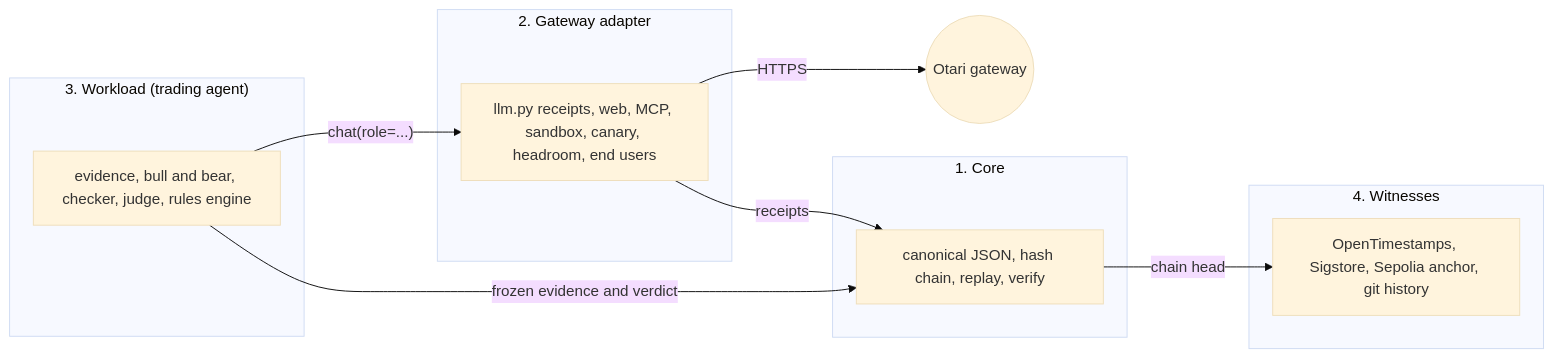
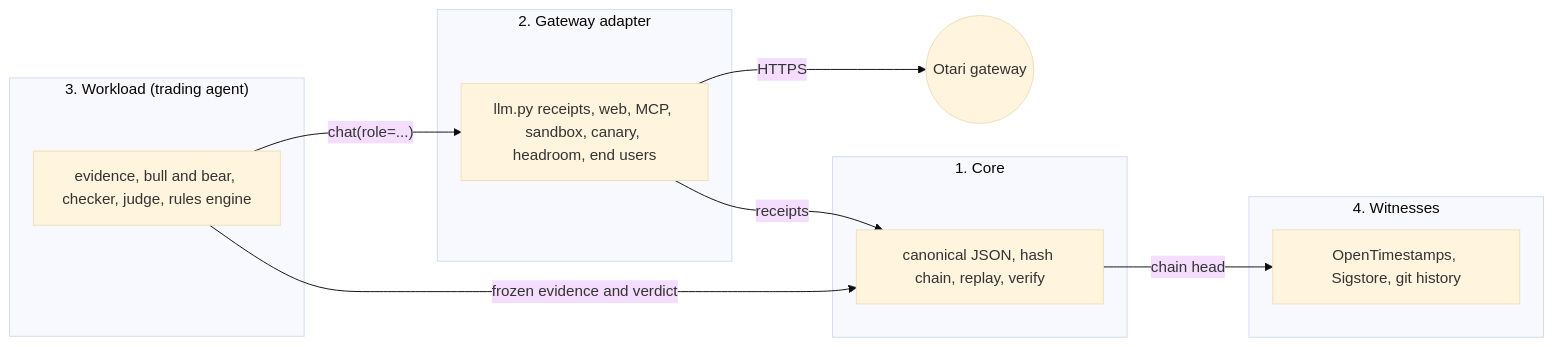
The diagram in docs/architecture.md (AndriyAmaro/tally-desk), drawn with Mermaid (base theme) before and after one commit. The commit also changed other lines of this file and 1 other file, not shown here.

````diff
--- a/docs/architecture.md
+++ b/docs/architecture.md
@@ -7,21 +7,21 @@
 ```mermaid
 graph LR
     subgraph workload["3. Workload (trading agent)"]
         w["evidence, bull and bear, checker, judge, rules engine"]
     end
     subgraph adapter["2. Gateway adapter"]
         a["llm.py receipts, web, MCP, sandbox, canary, headroom, end users"]
     end
     subgraph core["1. Core"]
         c["canonical JSON, hash chain, replay, verify"]
     end
     subgraph witnesses["4. Witnesses"]
-        x["OpenTimestamps, Sigstore, Sepolia anchor, git history"]
+        x["OpenTimestamps, Sigstore, git history"]
     end
     gw(("Otari gateway"))
     w -->|"chat(role=...)"| a
     a -->|"HTTPS"| gw
     a -->|"receipts"| c
     w -->|"frozen evidence and verdict"| c
     c -->|"chain head"| x
 ```
````
